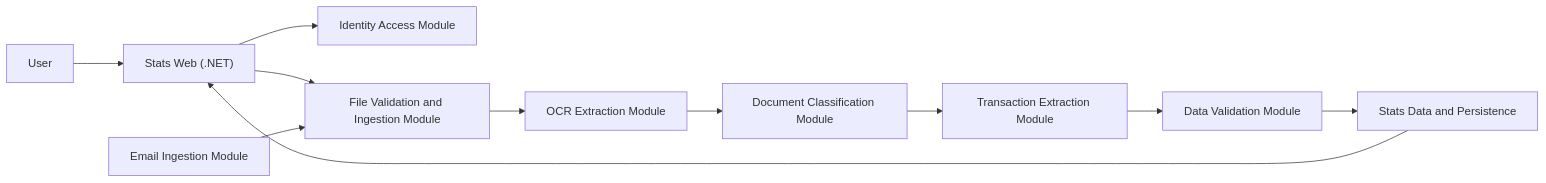
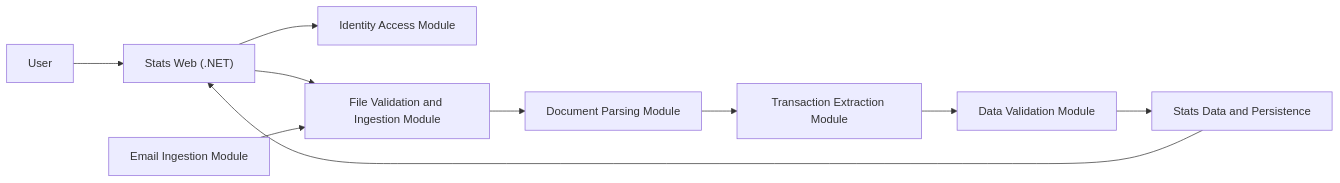
One commit to DodIlagan-cloud/000_Capstone changed the diagram in docs/building-block-module-plan.md. Above: the diagram before and after it, drawn with Mermaid. The commit also changed other lines of this file and 28 other files, not shown here.

Commit message:
Implement M5 document parsing flow and test structure

````diff
--- a/docs/building-block-module-plan.md
+++ b/docs/building-block-module-plan.md
@@ -96,13 +95,12 @@
 ```mermaid
 flowchart LR
     User["User"] --> Web["Stats Web (.NET)"]
     Web --> Identity["Identity Access Module"]
     Web --> FileIntake["File Validation and Ingestion Module"]
-    FileIntake --> OCR["OCR Extraction Module"]
-    OCR --> Classification["Document Classification Module"]
-    Classification --> Extraction["Transaction Extraction Module"]
+    FileIntake --> Parsing["Document Parsing Module"]
+    Parsing --> Extraction["Transaction Extraction Module"]
     Extraction --> Validation["Data Validation Module"]
     Validation --> Storage["Stats Data and Persistence"]
     Storage --> Web
     Email["Email Ingestion Module"] --> FileIntake
 ```
````
